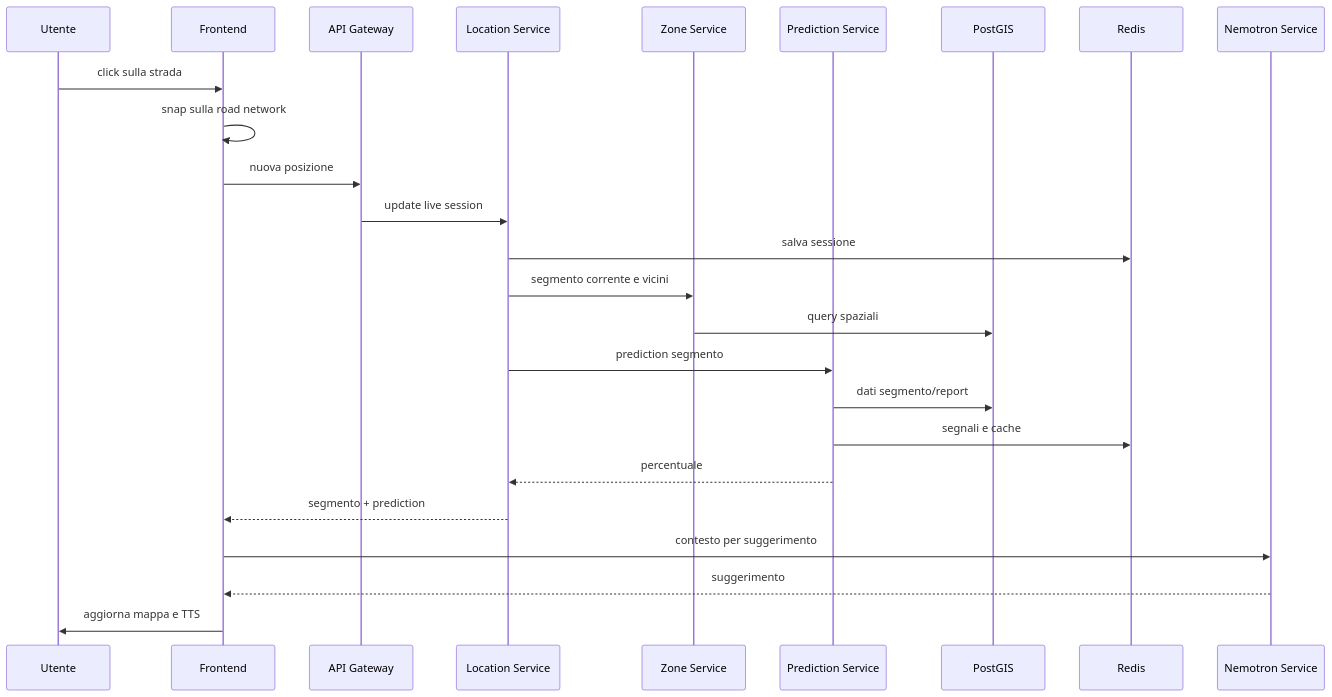
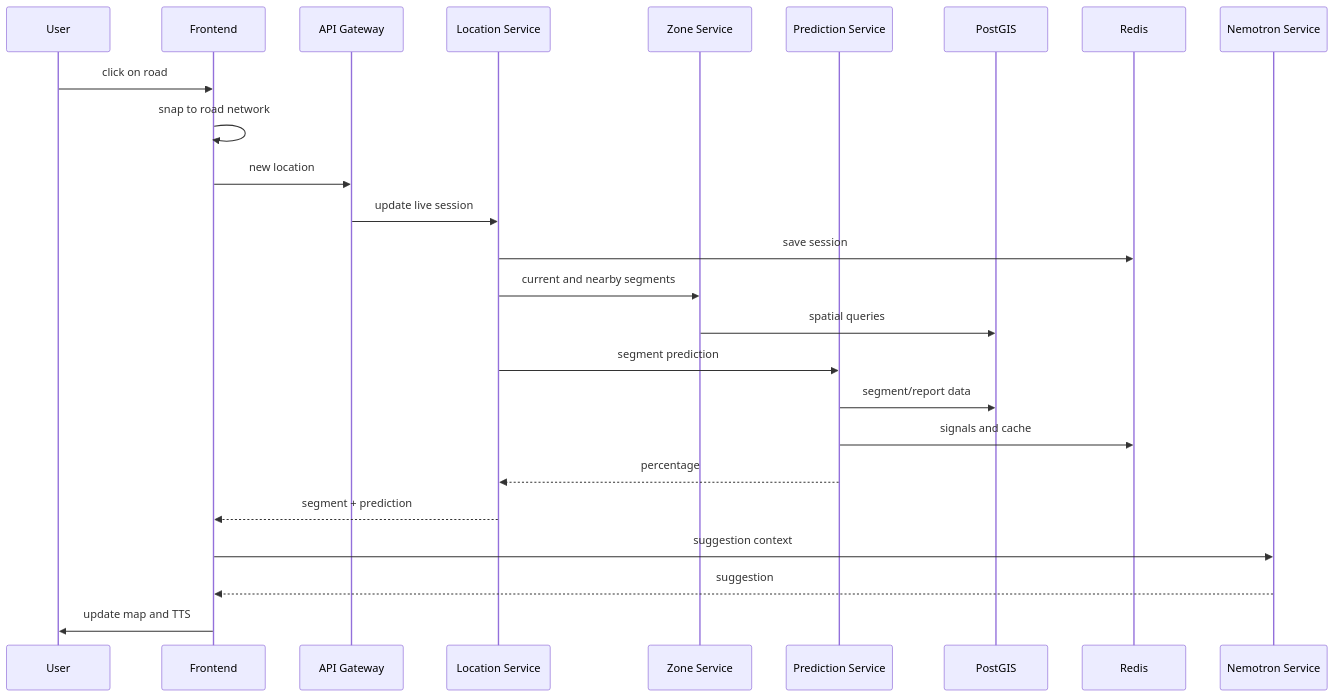
One commit to AlbertoBocchieri/Progetto-Sistemi-Cloud changed the third of 3 diagrams in README.md. Above: the diagram before and after it, drawn with Mermaid. The commit also changed other lines of this file, not shown here.

````diff
--- a/README.md
+++ b/README.md
@@ -699,28 +699,28 @@
 ```mermaid
 sequenceDiagram
-    participant U as Utente
+    participant U as User
     participant F as Frontend
     participant G as API Gateway
     participant L as Location Service
     participant Z as Zone Service
     participant P as Prediction Service
     participant DB as PostGIS
     participant R as Redis
     participant AI as Nemotron Service
 
-    U->>F: click sulla strada
-    F->>F: snap sulla road network
-    F->>G: nuova posizione
+    U->>F: click on road
+    F->>F: snap to road network
+    F->>G: new location
     G->>L: update live session
-    L->>R: salva sessione
-    L->>Z: segmento corrente e vicini
-    Z->>DB: query spaziali
-    L->>P: prediction segmento
-    P->>DB: dati segmento/report
-    P->>R: segnali e cache
-    P-->>L: percentuale
-    L-->>F: segmento + prediction
-    F->>AI: contesto per suggerimento
-    AI-->>F: suggerimento
-    F->>U: aggiorna mappa e TTS
+    L->>R: save session
+    L->>Z: current and nearby segments
+    Z->>DB: spatial queries
+    L->>P: segment prediction
+    P->>DB: segment/report data
+    P->>R: signals and cache
+    P-->>L: percentage
+    L-->>F: segment + prediction
+    F->>AI: suggestion context
+    AI-->>F: suggestion
+    F->>U: update map and TTS
 ```
````
